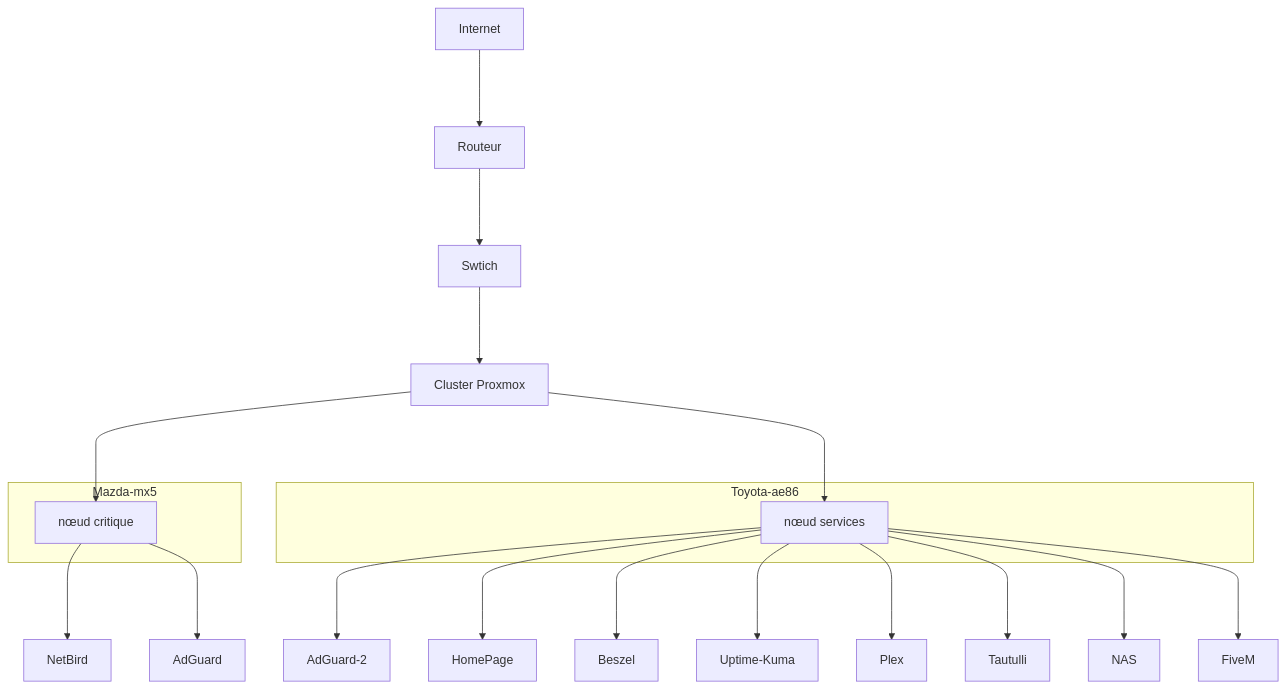
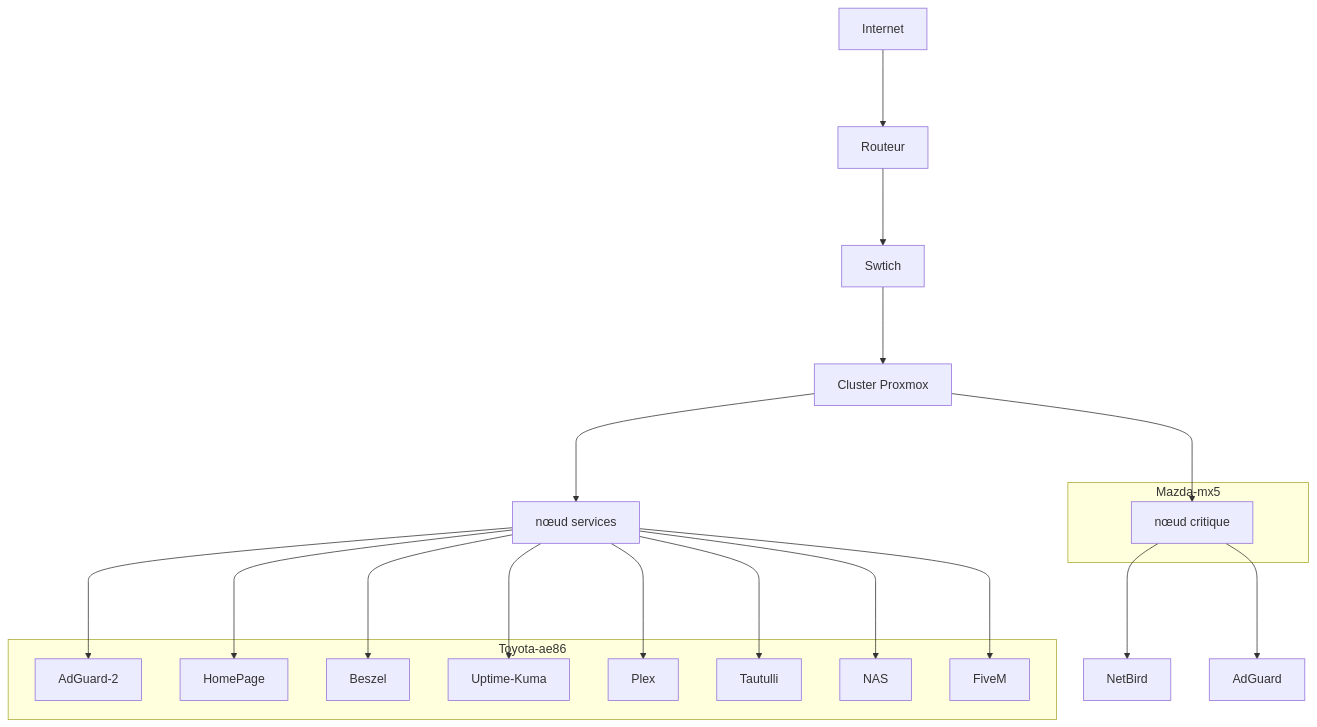
The diagram in README.md (snoyy-i/snoyy-i), drawn with Mermaid before and after one commit.

````diff
--- a/README.md
+++ b/README.md
@@ -2,43 +2,50 @@
 ```mermaid
 graph TD
      A[Internet]
      B[Routeur]
      C[Swtich]
      D[Cluster Proxmox]
      E[nœud critique]
      F[nœud services]
      G[NetBird]
      H[AdGuard]
      I[AdGuard-2]
      J[HomePage]
      K[Beszel]
      L[Uptime-Kuma]
      M[Plex]
      N[Tautulli]
      O[NAS]
      P[FiveM]
 
 subgraph Mazda-mx5
      E[nœud critique]
 end
 
 subgraph Toyota-ae86
-     F[nœud services]
+     I[AdGuard-2]
+     J[HomePage]
+     K[Beszel]
+     L[Uptime-Kuma]
+     M[Plex]
+     N[Tautulli]
+     O[NAS]
+     P[FiveM]
 end
 
      A--->B
      B--->C
      C--->D
      D--->E
      D--->F
      E--->G 
      E--->H
      F--->I
      F--->J
      F--->K
      F--->L
      F--->M
      F--->N
      F--->O
      F--->P
 ```
````
